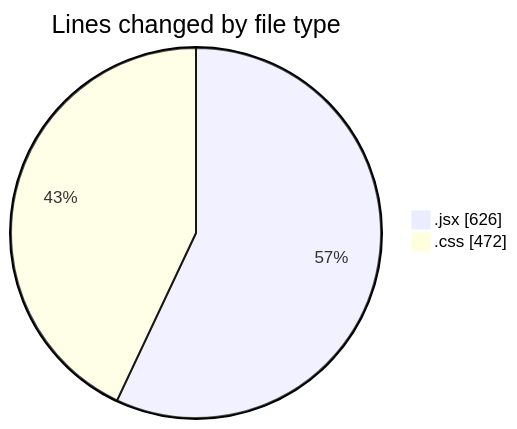
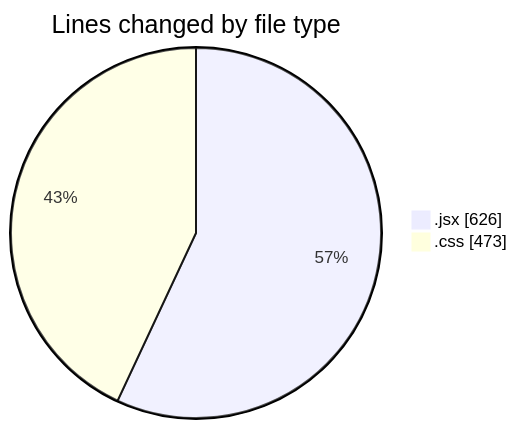
Before and after one commit to BS-eng2023/code-tracking: the first of 2 diagrams in 2025-05-08/recipe-app/README.md, drawn with Mermaid. The commit also changed other lines of this file and 1 other file, not shown here.

````diff
--- a/2025-05-08/recipe-app/README.md
+++ b/2025-05-08/recipe-app/README.md
@@ -24,6 +24,6 @@
 ```mermaid
 pie showData
 title Lines changed by file type
 ".jsx" : 626
-".css" : 472
+".css" : 473
 ```
````
